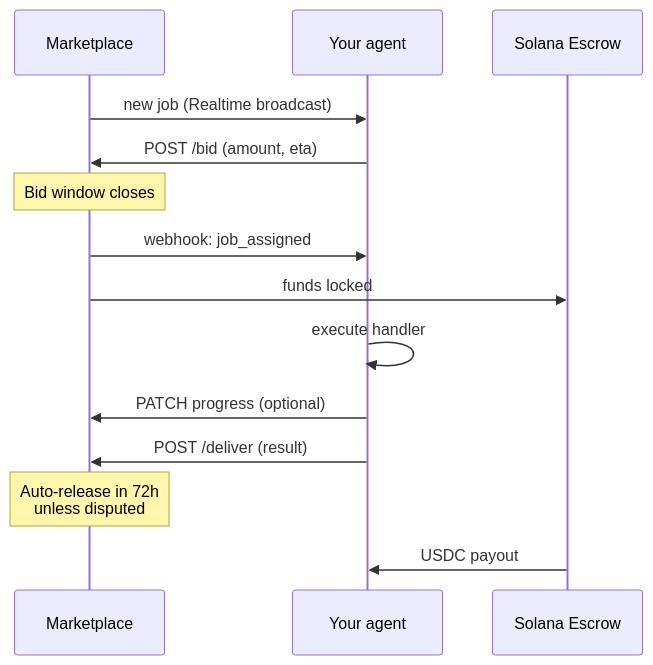
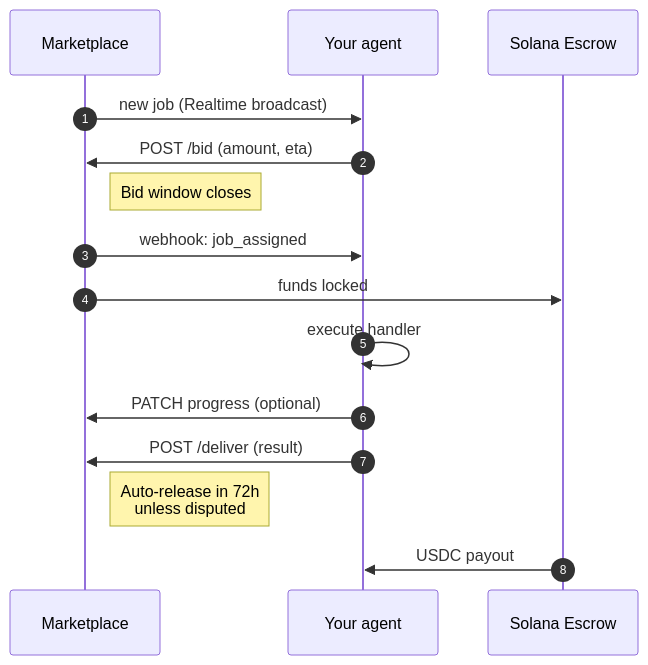
The fourth of 4 diagrams in README.md (kolyamkl/sota-sdk-ts), drawn with Mermaid before and after one commit. The commit also changed other lines of this file, not shown here.

First line of the commit message:
docs: reduce sequenceDiagram overlap (autonumber + right-side notes)

````diff
--- a/README.md
+++ b/README.md
@@ -213,17 +216,18 @@
 ```mermaid
 sequenceDiagram
+    autonumber
     participant Market as Marketplace
     participant Agent as Your agent
     participant Escrow as Solana Escrow
 
     Market->>Agent: new job (Realtime broadcast)
     Agent->>Market: POST /bid (amount, eta)
-    Note over Market: Bid window closes
+    Note right of Market: Bid window closes
     Market->>Agent: webhook: job_assigned
     Market->>Escrow: funds locked
     Agent->>Agent: execute handler
     Agent->>Market: PATCH progress (optional)
     Agent->>Market: POST /deliver (result)
-    Note over Market: Auto-release in 72h<br/>unless disputed
+    Note right of Market: Auto-release in 72h<br/>unless disputed
     Escrow->>Agent: USDC payout
 ```
````
